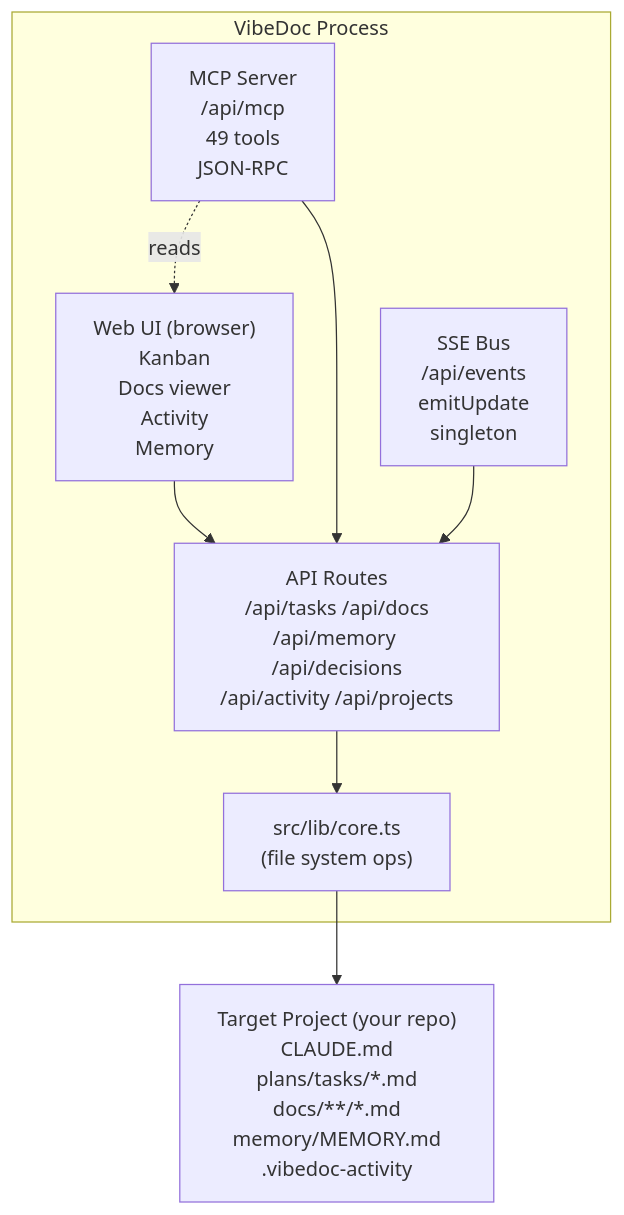
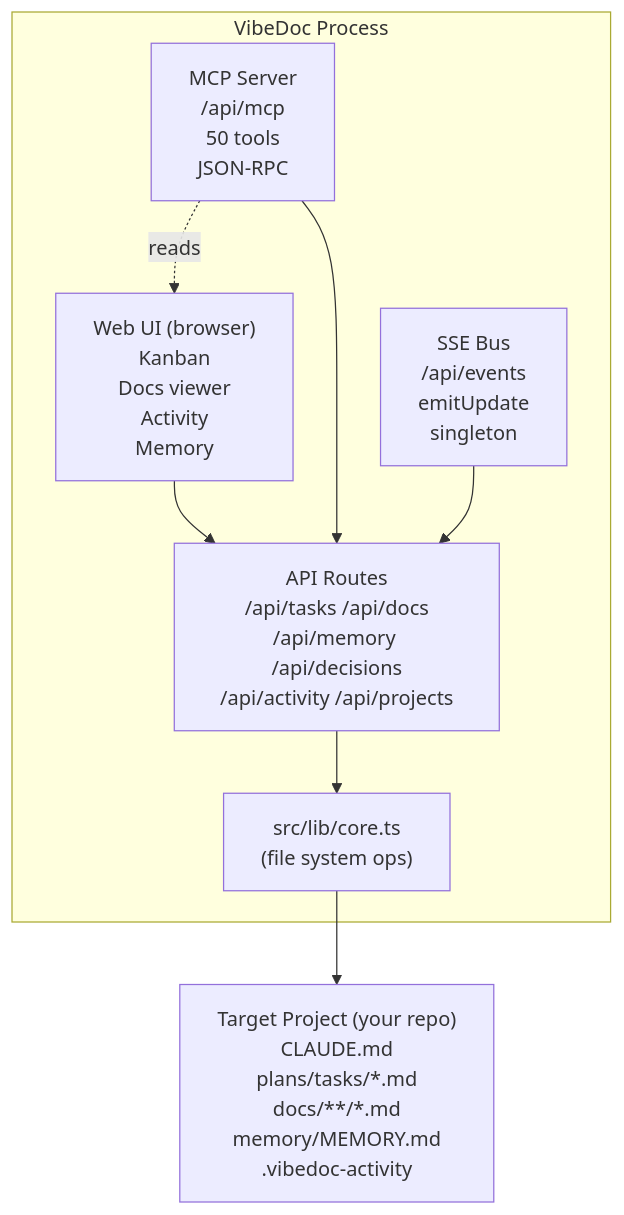
The diagram in docs/architecture/01-overview/DOMAIN_MAP.md (quanghoangf/vibedoc), drawn with Mermaid before and after one commit. The commit also changed 6 other files, not shown here.

````diff
--- a/docs/architecture/01-overview/DOMAIN_MAP.md
+++ b/docs/architecture/01-overview/DOMAIN_MAP.md
@@ -6,22 +6,22 @@
 ```mermaid
 graph TB
     subgraph VibeDoc["VibeDoc Process"]
         WebUI["Web UI (browser)<br/>Kanban<br/>Docs viewer<br/>Activity<br/>Memory"]
-        MCP["MCP Server<br/>/api/mcp<br/>49 tools<br/>JSON-RPC"]
+        MCP["MCP Server<br/>/api/mcp<br/>50 tools<br/>JSON-RPC"]
         SSE["SSE Bus<br/>/api/events<br/>emitUpdate<br/>singleton"]
 
         API["API Routes<br/>/api/tasks /api/docs<br/>/api/memory /api/decisions<br/>/api/activity /api/projects"]
 
         Core["src/lib/core.ts<br/>(file system ops)"]
 
         MCP -.->|reads| WebUI
         WebUI --> API
         MCP --> API
         SSE --> API
         API --> Core
     end
 
     Project["Target Project (your repo)<br/>CLAUDE.md<br/>plans/tasks/*.md<br/>docs/**/*.md<br/>memory/MEMORY.md<br/>.vibedoc-activity"]
 
     Core --> Project
 ```
````
